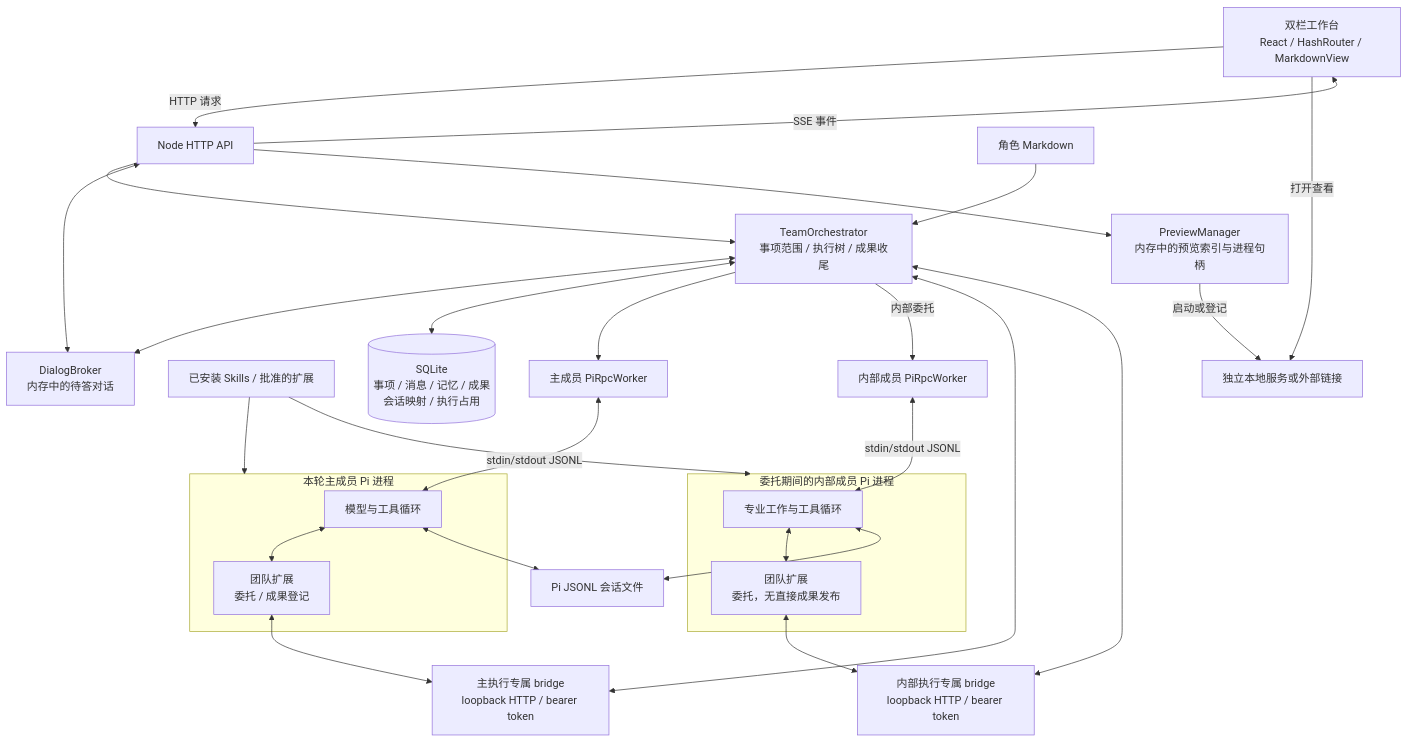
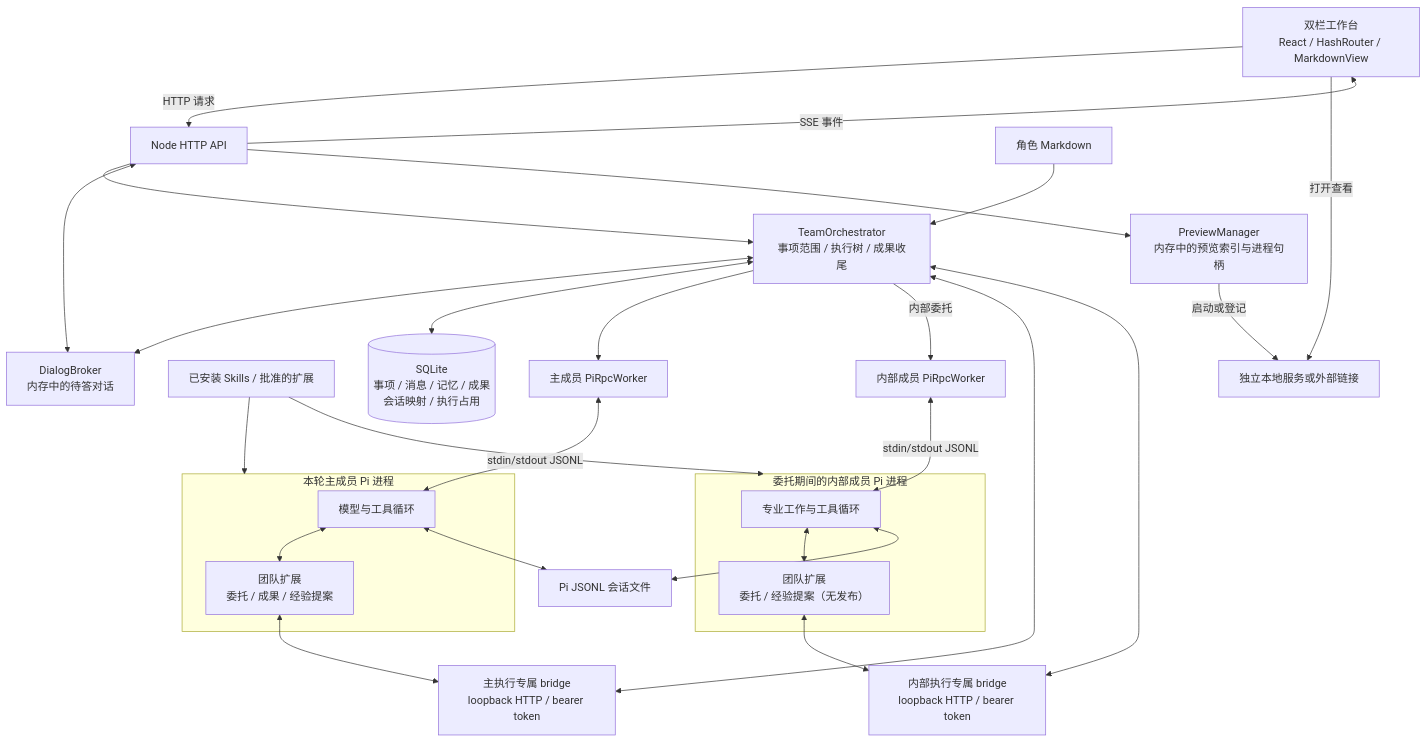
The first of 2 diagrams in docs/architecture-and-plan.md (civaapple-alt/personal-agent), drawn with Mermaid before and after one commit. The commit also changed other lines of this file and 27 other files, not shown here.

````diff
--- a/docs/architecture-and-plan.md
+++ b/docs/architecture-and-plan.md
@@ -32,51 +32,51 @@
 ```mermaid
 flowchart TB
     UI["双栏工作台<br/>React / HashRouter / MarkdownView"]
     API["Node HTTP API"]
     O["TeamOrchestrator<br/>事项范围 / 执行树 / 成果收尾"]
     DB[("SQLite<br/>事项 / 消息 / 记忆 / 成果<br/>会话映射 / 执行占用")]
     Roles["角色 Markdown"]
     Skills["已安装 Skills / 批准的扩展"]
     Dialog["DialogBroker<br/>内存中的待答对话"]
     Preview["PreviewManager<br/>内存中的预览索引与进程句柄"]
     Service["独立本地服务或外部链接"]
     R1["主成员 PiRpcWorker"]
     R2["内部成员 PiRpcWorker"]
     B1["主执行专属 bridge<br/>loopback HTTP / bearer token"]
     B2["内部执行专属 bridge<br/>loopback HTTP / bearer token"]
     Files["Pi JSONL 会话文件"]
 
     subgraph MainProcess["本轮主成员 Pi 进程"]
         M["模型与工具循环"]
-        E1["团队扩展<br/>委托 / 成果登记"]
+        E1["团队扩展<br/>委托 / 成果 / 经验提案"]
         M <--> E1
     end
     subgraph ChildProcess["委托期间的内部成员 Pi 进程"]
         C["专业工作与工具循环"]
-        E2["团队扩展<br/>委托，无直接成果发布"]
+        E2["团队扩展<br/>委托 / 经验提案（无发布）"]
         C <--> E2
     end
 
     UI -->|"HTTP 请求"| API
     API -->|"SSE 事件"| UI
     API --> O
     API <--> Dialog
     O <--> Dialog
     O <--> DB
     Roles --> O
     O --> R1
     O -->|"内部委托"| R2
     R1 <-->|"stdin/stdout JSONL"| M
     R2 <-->|"stdin/stdout JSONL"| C
     E1 <--> B1
     E2 <--> B2
     B1 <--> O
     B2 <--> O
     Skills --> MainProcess
     Skills --> ChildProcess
     M <--> Files
     C <--> Files
     API --> Preview
     Preview -->|"启动或登记"| Service
     UI -->|"打开查看"| Service
 ```
````
